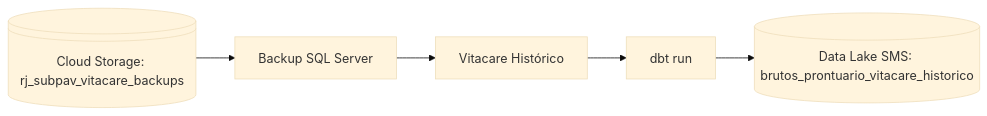
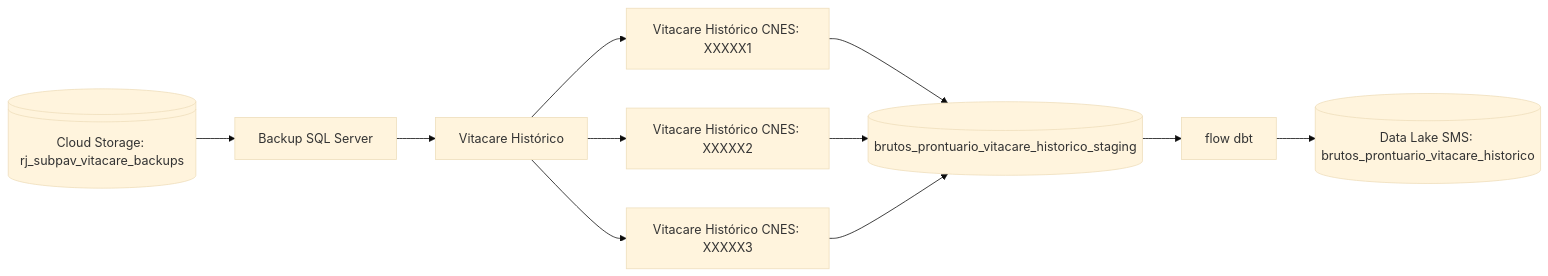
Before and after one commit to saude-digital-rio/pipelines_v3_rj_sms: the diagram in pipelines/reports/orquestracao_vitacare/README.md, drawn with Mermaid (base theme). The commit also changed 1 other file, not shown here.

Commit message:
fix(cloudsql): wait for RUNNABLE state before returning from ensure_instance_running
Cloud SQL operations reach DONE while instance is still transitioning.
Subsequent restore calls on the same instance fail with "instance is not
running" because only operation completion was polled, not actual state.

Adds wait_for_instance_runnable to poll state until RUNNABLE before
ensure_instance_running returns.

````diff
--- a/pipelines/reports/orquestracao_vitacare/README.md
+++ b/pipelines/reports/orquestracao_vitacare/README.md
@@ -15,7 +15,18 @@
 ```mermaid
     flowchart LR
     A@{ shape: lin-cyl, label: "Cloud Storage: rj_subpav_vitacare_backups" } --> B[Backup SQL Server]
+
     B --> C[Vitacare Histórico]
-    C --> D[dbt run]
-    D --> E@{ shape: cyl, label: "Data Lake SMS: brutos_prontuario_vitacare_historico" }
+    
+    C --> D[Vitacare Histórico CNES: XXXXX1]
+    C --> E[Vitacare Histórico CNES: XXXXX2]
+    C --> F[Vitacare Histórico CNES: XXXXX3]
+    
+    D --> G@{ shape: cyl, label: "brutos_prontuario_vitacare_historico_staging" }
+    E --> G
+    F --> G
+
+    G --> H[flow dbt]
+
+    H --> I@{ shape: cyl, label: "Data Lake SMS: brutos_prontuario_vitacare_historico" }
 ```
````
